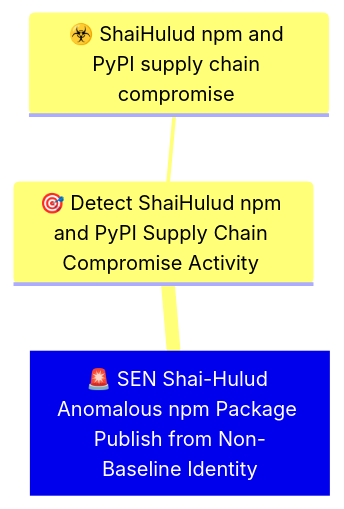
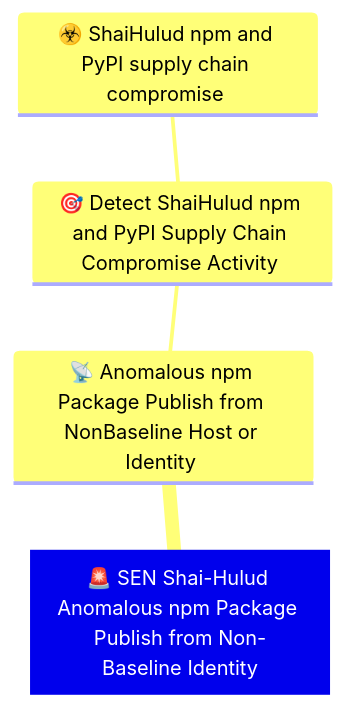
One commit to OpenTideHQ/WikiTide changed the diagram in Models/Detection Rules/🚨 SEN Shai-Hulud Anomalous npm Package Publish from Non-Baseline Identity.md. Above: the diagram before and after it, drawn with Mermaid. The commit also changed other lines of this file and 23 other files, not shown here.

````diff
--- a/Models/Detection Rules/🚨 SEN Shai-Hulud Anomalous npm Package Publish from Non-Baseline Identity.md
+++ b/Models/Detection Rules/🚨 SEN Shai-Hulud Anomalous npm Package Publish from Non-Baseline Identity.md
@@ -41,11 +41,13 @@
 ```mermaid
 
 mindmap
 Root[🚨 SEN Shai-Hulud Anomalous npm Package Publish from Non-Baseline Identity]
     
-      🎯 Detect ShaiHulud npm and PyPI Supply Chain Compromise Activity 
-          ☣️ ShaiHulud npm and PyPI supply chain compromise 
+      📡 Anomalous npm Package Publish from NonBaseline Host or Identity 
+          🎯 Detect ShaiHulud npm and PyPI Supply Chain Compromise Activity 
+              ☣️ ShaiHulud npm and PyPI supply chain compromise 
+        
     
 
 
 ```
````
